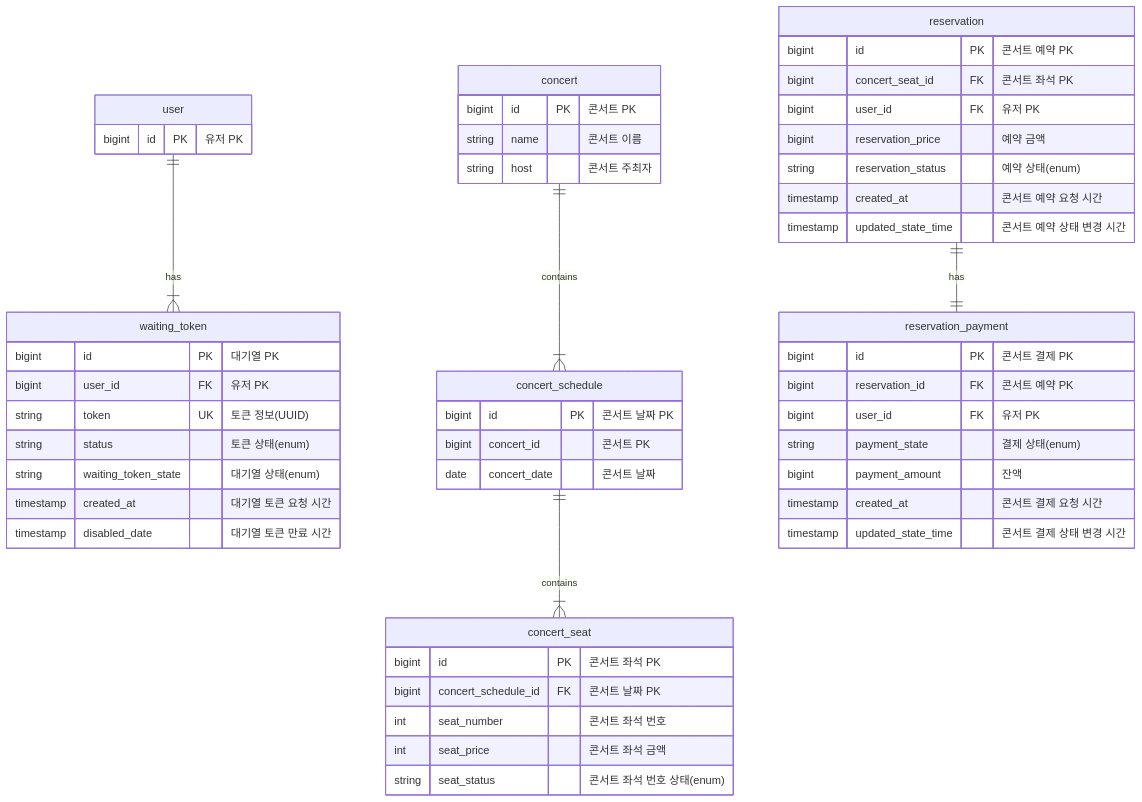
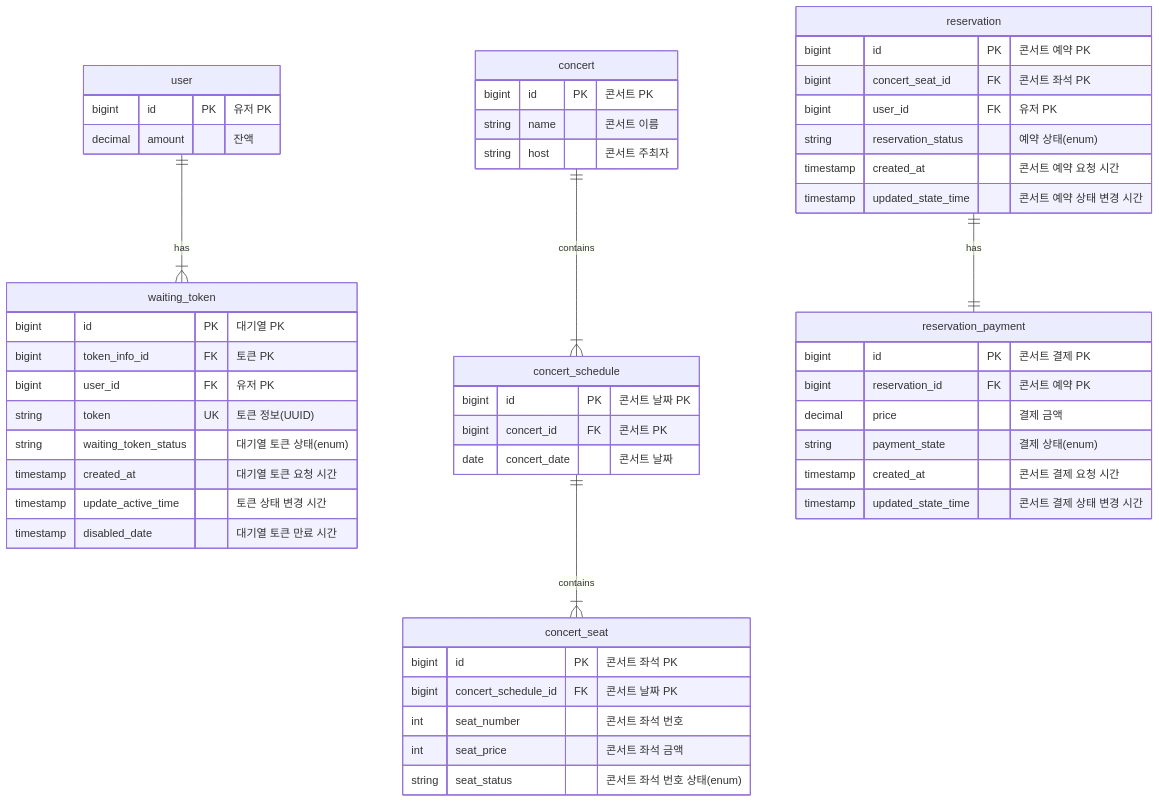
Before and after one commit to kdelay/Concert-Booking: the diagram in documents/erd_diagram.md, drawn with Mermaid.

Commit message:
docs: [#3] 테이블 별 상태 값 변경, 사용자 잔액 필드 추가

````diff
--- a/documents/erd_diagram.md
+++ b/documents/erd_diagram.md
@@ -1,79 +1,76 @@
 ```mermaid
 erDiagram
     %% 사용자
     user {
         bigint id PK "유저 PK"
+        decimal amount "잔액"
     }
 
     %% 대기열 토큰 정보
     %% user(1) : waiting_slot(N)
     waiting_token {
         bigint id PK "대기열 PK"
+        bigint token_info_id FK "토큰 PK"
         bigint user_id FK "유저 PK"
         
         string token UK "토큰 정보(UUID)"
-        %% ACTIVE(활성화), DISABLED(비활성화)
-        string status "토큰 상태(enum)"
-        
-        %% WAITING(미진입, 대기중), AVAILABLE(토큰 만료 시간 측정)
-        string waiting_token_state "대기열 상태(enum)"
+        %% DEACTIVATE(비활성화), ACTIVATE(활성화), EXPIRED(만료됨)
+        string waiting_token_status "대기열 토큰 상태(enum)"
         timestamp created_at "대기열 토큰 요청 시간"
+        timestamp update_active_time "토큰 상태 변경 시간"
         timestamp disabled_date "대기열 토큰 만료 시간"
     }
 
     %% 콘서트
     concert {
         bigint id PK "콘서트 PK"
         string name "콘서트 이름"
         string host "콘서트 주최자"
     }
 
     %% concert(1) : concert_schedule(N)
     concert_schedule {
         bigint id PK "콘서트 날짜 PK"
-        bigint concert_id "콘서트 PK"
+        bigint concert_id FK "콘서트 PK"
         date concert_date "콘서트 날짜"
     }
 
     %% concert_schedule(1) : concert_seat(N)
     concert_seat {
         bigint id PK "콘서트 좌석 PK"
         bigint concert_schedule_id FK "콘서트 날짜 PK"
         int seat_number "콘서트 좌석 번호"
         int seat_price "콘서트 좌석 금액"
-        %% AVAILABLE(예약 가능), PENDING(보류중), RESERVED(예약됨)
+        %% AVAILABLE(예약 가능), TEMPORARY(임시 좌석 배정중), RESERVED(예약됨)
         string seat_status "콘서트 좌석 번호 상태(enum)"
     }
     
     %% 예약
-    %% user(N) : reservation(M) --> TODO 로직상 연결. 다대다?
-    %% TODO 예약에서는 콘서트에 관한 정보를 들고 있으면 안되는지?(콘서트 좌석 PK)
+    %% user(1) : reservation(N)
     reservation {
         bigint id PK "콘서트 예약 PK"
         bigint concert_seat_id FK "콘서트 좌석 PK"
         bigint user_id FK "유저 PK"
-        bigint reservation_price "예약 금액"
-        %% WAITING(대기중), RESERVED(예약됨)
+        %% RESERVING(예약중), RESERVED(예약됨), CANCELED(예약 취소)
         string reservation_status "예약 상태(enum)"
         timestamp created_at "콘서트 예약 요청 시간"
         timestamp updated_state_time "콘서트 예약 상태 변경 시간"
     }
     
     %% 결제
     %% reservation(1) : reservation_payment(1)
     reservation_payment {
         bigint id PK "콘서트 결제 PK"
         bigint reservation_id FK "콘서트 예약 PK"
-        bigint user_id FK "유저 PK"
-        %% WAITING(결제 대기), COMPLETED(결제 완료), CANCELED(결제 취소)
+        decimal price "결제 금액"
+        %% COMPLETED(결제 완료), CANCELED(결제 취소)
         string payment_state "결제 상태(enum)"
-        bigint payment_amount "잔액"
         timestamp created_at "콘서트 결제 요청 시간"
         timestamp updated_state_time "콘서트 결제 상태 변경 시간"
     }
 
     user ||--|{ waiting_token : has
     concert ||--|{ concert_schedule : contains
     concert_schedule ||--|{ concert_seat : contains
     reservation ||--|| reservation_payment : has
 ```
````
